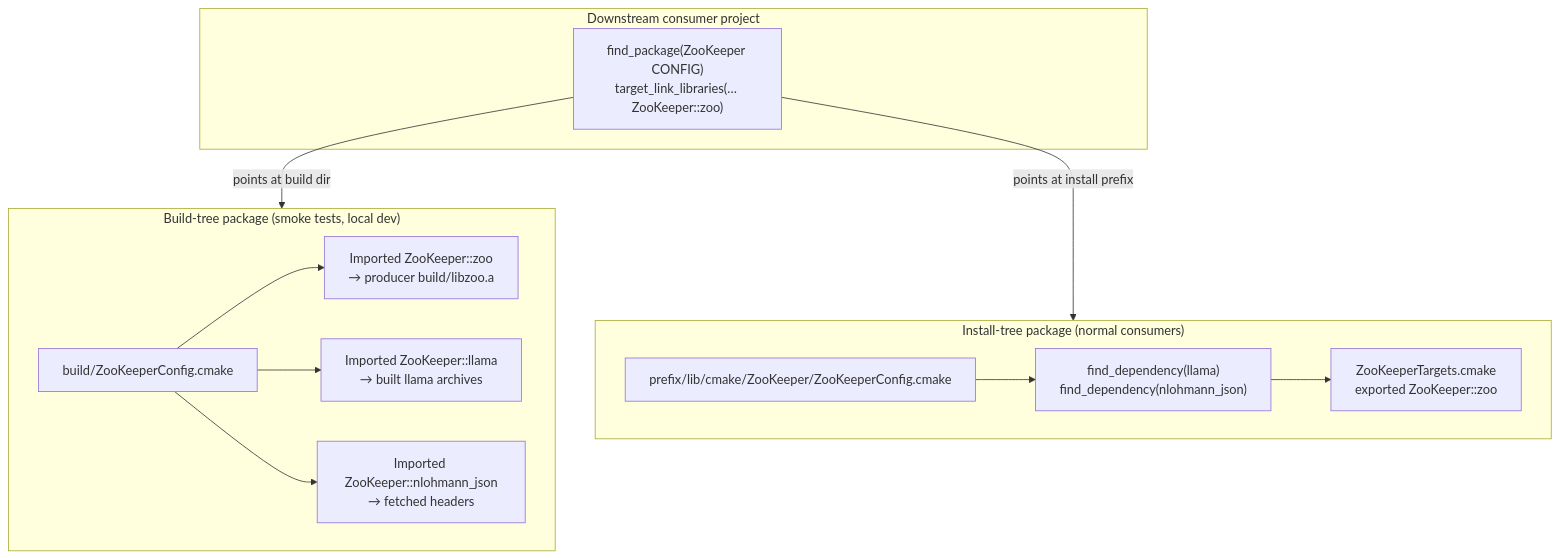
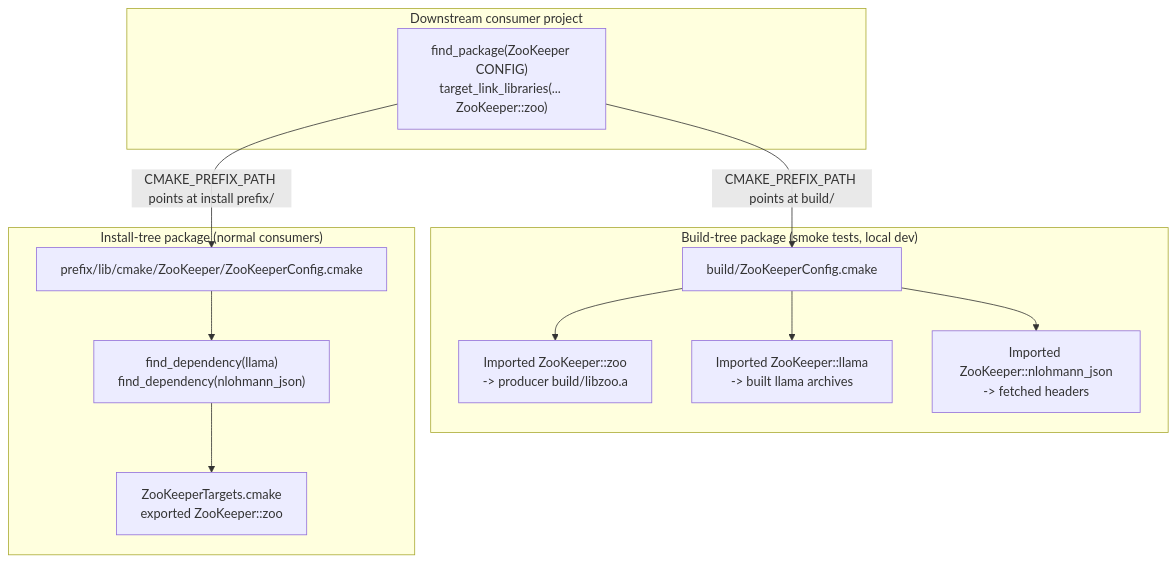
The diagram in docs/maintainer-cmake-packaging.md (crybo-rybo/zoo-keeper), drawn with Mermaid before and after one commit. The commit also changed other lines of this file and 5 other files, not shown here.

Commit message:
docs: align architecture diagrams with implementation

````diff
--- a/docs/maintainer-cmake-packaging.md
+++ b/docs/maintainer-cmake-packaging.md
@@ -124,27 +59,27 @@
 ```mermaid
 flowchart TB
     subgraph Consumer["Downstream consumer project"]
-        CP["find_package(ZooKeeper CONFIG)<br/>target_link_libraries(… ZooKeeper::zoo)"]
+        CP["find_package(ZooKeeper CONFIG)<br/>target_link_libraries(... ZooKeeper::zoo)"]
     end
 
     subgraph BuildTree["Build-tree package (smoke tests, local dev)"]
         BTC["build/ZooKeeperConfig.cmake"]
-        BTZ["Imported ZooKeeper::zoo<br/>→ producer build/libzoo.a"]
-        BTL["Imported ZooKeeper::llama<br/>→ built llama archives"]
-        BTJ["Imported ZooKeeper::nlohmann_json<br/>→ fetched headers"]
+        BTZ["Imported ZooKeeper::zoo<br/>-> producer build/libzoo.a"]
+        BTL["Imported ZooKeeper::llama<br/>-> built llama archives"]
+        BTJ["Imported ZooKeeper::nlohmann_json<br/>-> fetched headers"]
         BTC --> BTZ
         BTC --> BTL
         BTC --> BTJ
     end
 
     subgraph InstallTree["Install-tree package (normal consumers)"]
         ITC["prefix/lib/cmake/ZooKeeper/ZooKeeperConfig.cmake"]
         FD["find_dependency(llama)<br/>find_dependency(nlohmann_json)"]
         TG["ZooKeeperTargets.cmake<br/>exported ZooKeeper::zoo"]
         ITC --> FD --> TG
     end
 
-    CP -->|"points at build dir"| BuildTree
-    CP -->|"points at install prefix"| InstallTree
+    CP -->|"CMAKE_PREFIX_PATH points at build/"| BTC
+    CP -->|"CMAKE_PREFIX_PATH points at install prefix/"| ITC
 
 ```
````
